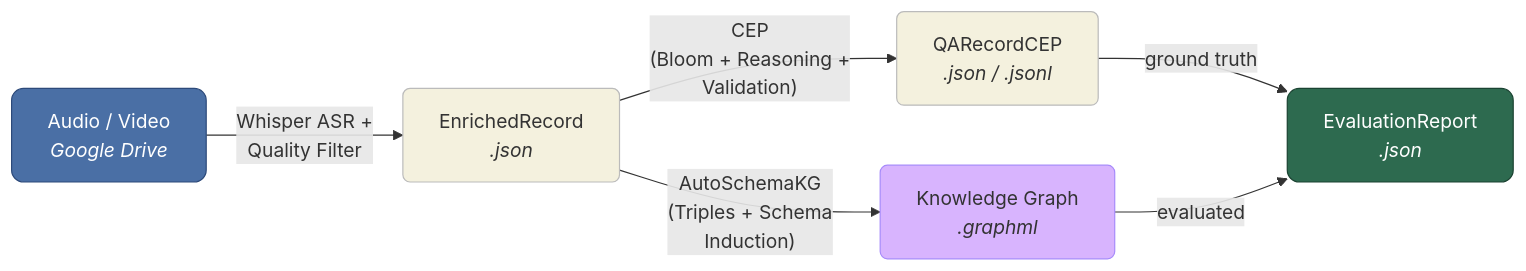
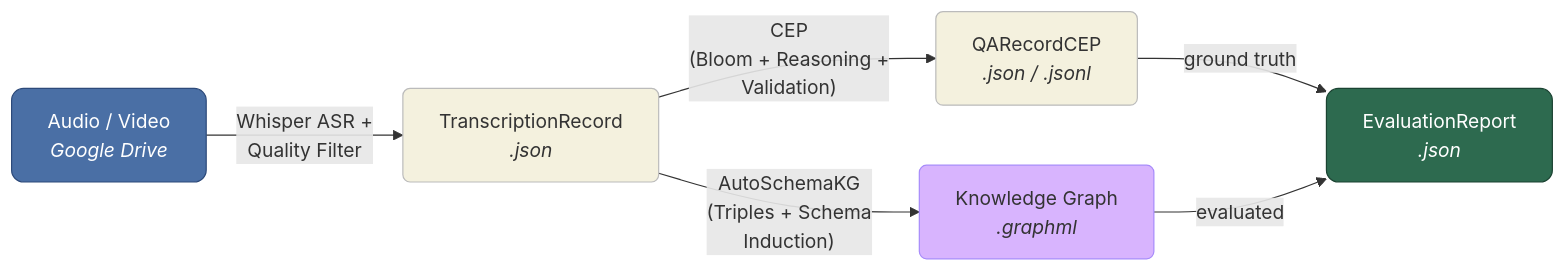
One commit to FredDsR/arandu changed the tenth of 10 diagrams in docs/methodology.md. Above: the diagram before and after it, drawn with Mermaid. The commit also changed other lines of this file and 56 other files, not shown here.

````diff
--- a/docs/methodology.md
+++ b/docs/methodology.md
@@ -782,19 +782,19 @@
 ```mermaid
 flowchart LR
     classDef src fill:#4a6fa5,stroke:#2d4a7a,color:#fff,rx:10,ry:10
     classDef json fill:#f4f1de,stroke:#bbb,color:#333,rx:6,ry:6
     classDef kg fill:#d8b4fe,stroke:#a78bfa,color:#333,rx:6,ry:6
     classDef final fill:#2d6a4f,stroke:#1b4332,color:#fff,rx:10,ry:10
 
     A["Audio / Video<br/><i>Google Drive</i>"]:::src
-    B["EnrichedRecord<br/><i>.json</i>"]:::json
+    B["TranscriptionRecord<br/><i>.json</i>"]:::json
     C["QARecordCEP<br/><i>.json / .jsonl</i>"]:::json
     D["Knowledge Graph<br/><i>.graphml</i>"]:::kg
     E["EvaluationReport<br/><i>.json</i>"]:::final
 
     A -- "Whisper ASR +<br/>Quality Filter" --> B
     B -- "CEP<br/>(Bloom + Reasoning +<br/>Validation)" --> C
     B -- "AutoSchemaKG<br/>(Triples + Schema<br/>Induction)" --> D
     C -- "ground truth" --> E
     D -- "evaluated" --> E
 ```
````
